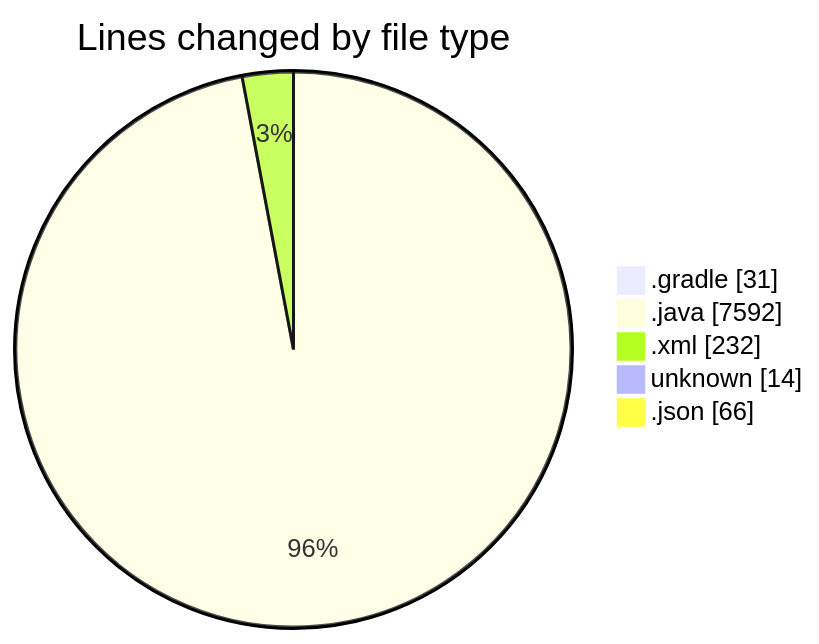
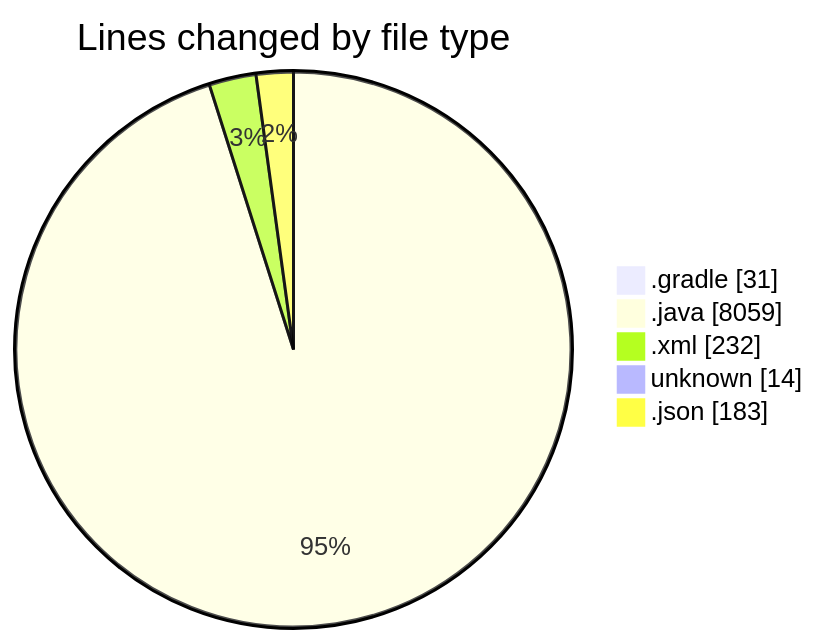
The first of 2 diagrams in 2025-02-21/micros/README.md (charlie-sans/code-tracking), drawn with Mermaid before and after one commit. The commit also changed other lines of this file and 1 other file, not shown here.

````diff
--- a/2025-02-21/micros/README.md
+++ b/2025-02-21/micros/README.md
@@ -58,9 +62,9 @@
 ```mermaid
 pie showData
 title Lines changed by file type
 ".gradle" : 31
-".java" : 7592
+".java" : 8059
 ".xml" : 232
 "unknown" : 14
-".json" : 66
+".json" : 183
 ```
````
